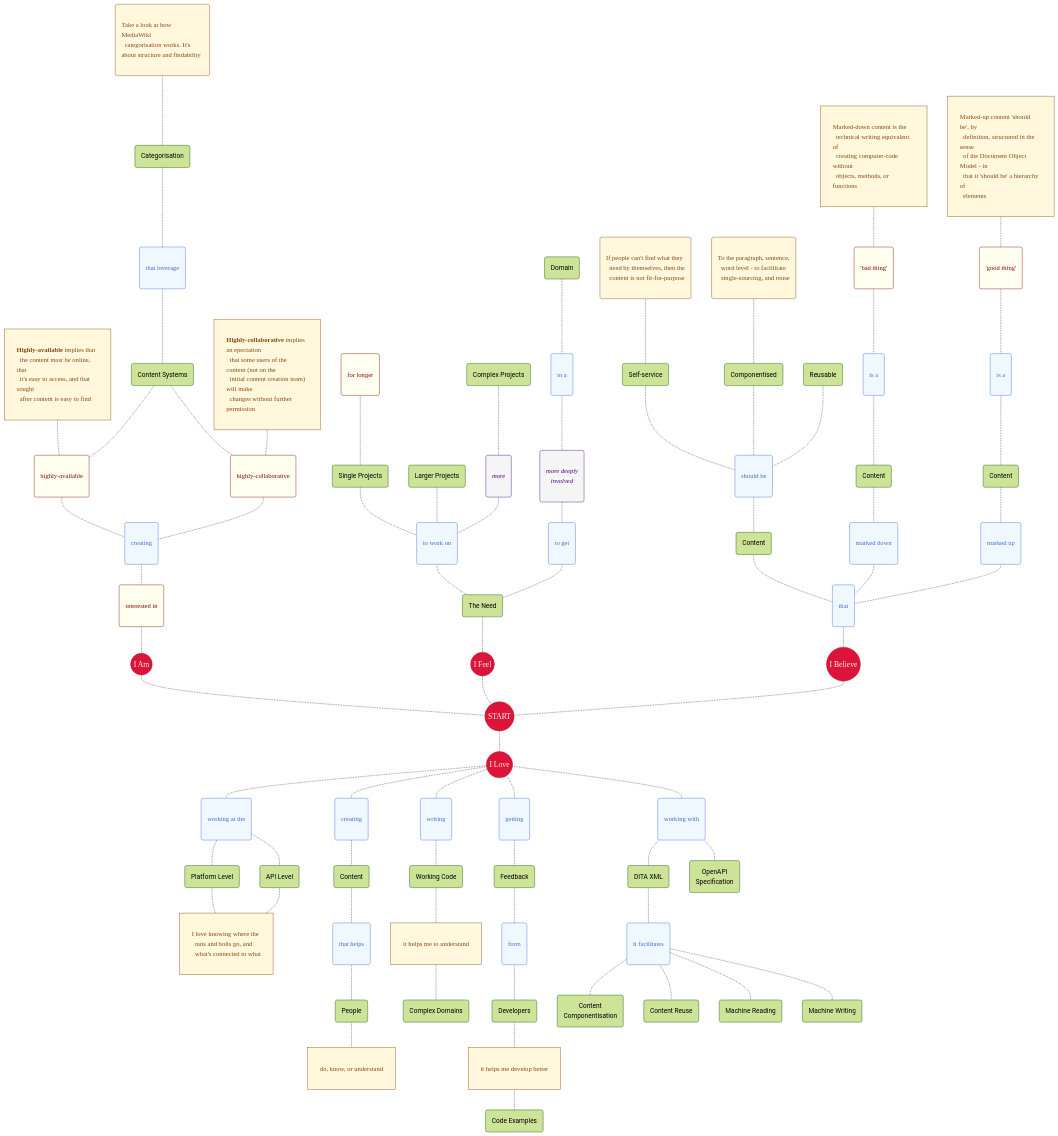
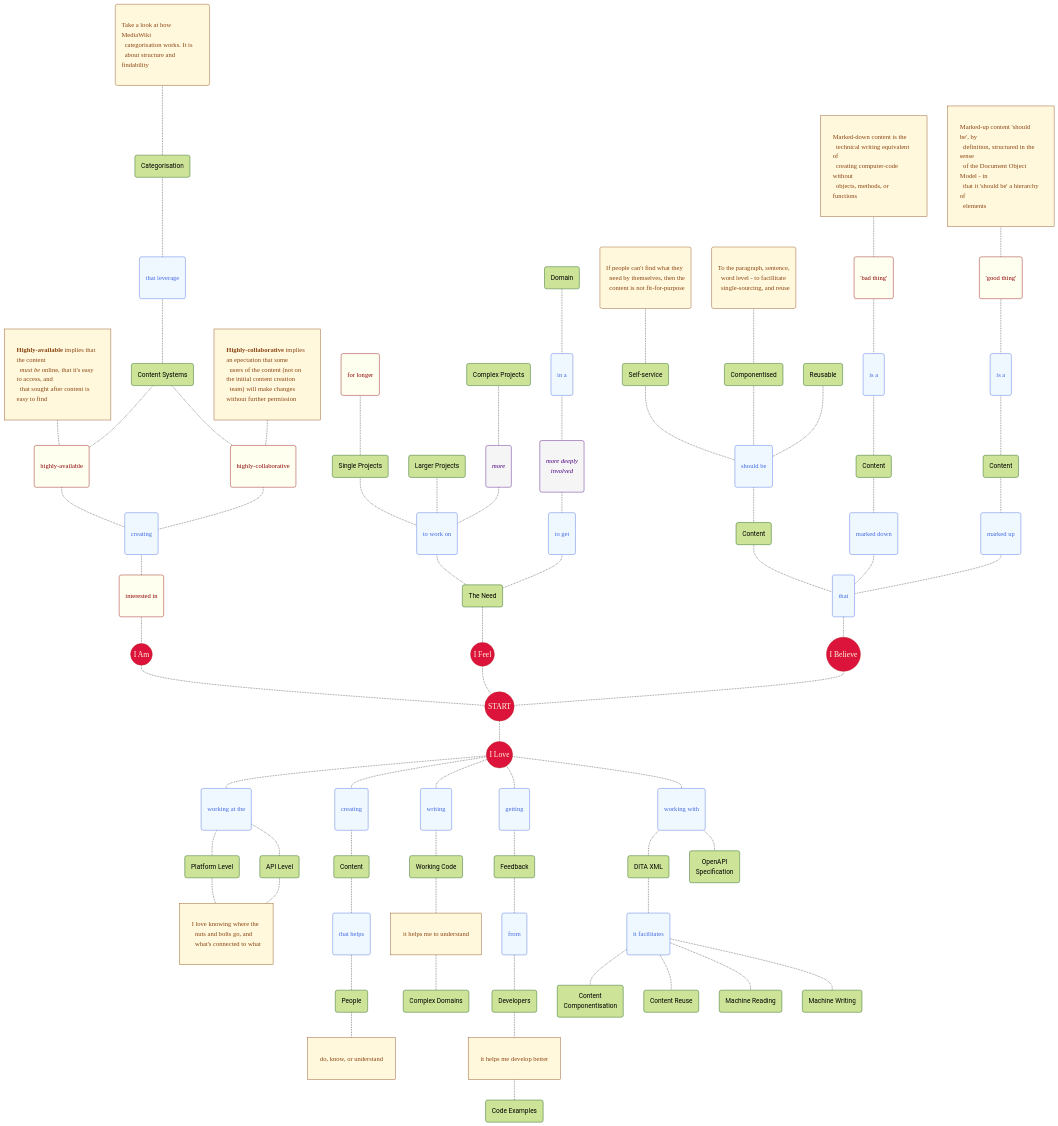
Before and after one commit to joe-dorward/samples: the diagram in my_mermaid_mindmap.md, drawn with Mermaid.

```diff
--- a/my_mermaid_mindmap.md
+++ b/my_mermaid_mindmap.md
@@ -9,20 +9,18 @@
   classDef Verb fill:aliceblue, color:royalblue, stroke:royalblue, font-family:verdana, padding:0px 4px;
   classDef Adverb fill:whitesmoke, color:indigo, stroke:indigo, font-family:verdana, font-style:italic, padding:0px 4px;
   classDef Adjective fill:ivory, color:darkred, stroke:darkred, font-family:verdana, padding:0px 4px;
-  %%classDef Note fill:cornsilk, stroke:saddlebrown, color:saddlebrown, font-family:verdana, text-align:left, padding:0px 18px 0px 6px;
-  classDef Note fill:cornsilk, stroke:saddlebrown, color:saddlebrown, font-family:verdana, text-align:left, padding-left:9px, padding-right:9px, margin:-2px;
+  classDef Note fill:cornsilk, stroke:saddlebrown, color:saddlebrown, font-family:verdana, text-align:left, padding-left:9px, padding-right:9px, margin:10px 50px 10px -2px;
 
   SELF_SERVICE_NOTE("If people can't find what they<br/>&ensp;need by themselves, then the<br/>&ensp;content is not fit-for-purpose")
-  CATEGORISATION_NOTE("Take a look at how MediaWiki&ensp;<br/>&ensp;categorisation works. It's about structure and findability")
+  CATEGORISATION_NOTE("Take a look at how MediaWiki&ensp;<br/>&ensp;categorisation works. It is<br/>&ensp;about structure and findability")
   COMPONENTISED_NOTE("To the paragraph, sentence,<br/>&ensp;word level - to facillitate<br/>&ensp;single-sourcing, and reuse")
   PLATFORM_LEVEL_NOTE["I love knowing where the<br/>&ensp;nuts and bolts go, and<br/>&ensp;what's connected to what"]
 
   MARKED_DOWN_CONTENT_NOTE["Marked-down content is the<br/>&ensp;technical writing equivalent of<br/>&ensp;creating computer-code without<br/>&ensp;objects, methods, or functions"]
   MARKED_UP_CONTENT_NOTE["Marked-up content 'should be', by<br/>&ensp;definition, structured in the sense<br/>&ensp;of the Document Object Model - in<br/>&ensp;that it 'should be' a hierarchy of<br/>&ensp;elements"]
 
-  HIGHLY_AVAILABLE_NOTE["<b>Highly-available</b> implies that<br/>&ensp;the content <i>must be</i> online, that<br/>&ensp;it's easy to access, and that sought<br/>&ensp;after content is easy to find"]
-  %%HIGHLY_COLABORATIVE_NOTE["<b>Highly-collaborative</b> implies an<br/>&ensp;epectation that some users of the<br/>&ensp;content (not on the initial content<br/>&ensp;creation team) will make changes<br/>&ensp;without further permission"]
-  HIGHLY_COLABORATIVE_NOTE["<b>Highly-collaborative</b> implies an epectation<br/>&ensp;that some users of the content (not on the<br/>&ensp;initial content creation team) will make<br/>&ensp;changes without further permission"]
+     HIGHLY_AVAILABLE_NOTE["<b>Highly-available</b> implies that the content<br/>&ensp;<i>must be</i> online, that it's easy to access, and<br/>&ensp;that sought after content is easy to find"]  
+  HIGHLY_COLABORATIVE_NOTE["<b>Highly-collaborative</b> implies an epectation that some<br/>&ensp;users of the content (not on the initial content creation<br/>&ensp;team) will make changes without further permission"]
 
   class SELF_SERVICE_NOTE,CATEGORISATION_NOTE,COMPONENTISED_NOTE,PLATFORM_LEVEL_NOTE,MARKED_DOWN_CONTENT_NOTE,MARKED_UP_CONTENT_NOTE,HIGHLY_AVAILABLE_NOTE,HIGHLY_COLABORATIVE_NOTE Note;
 
```
